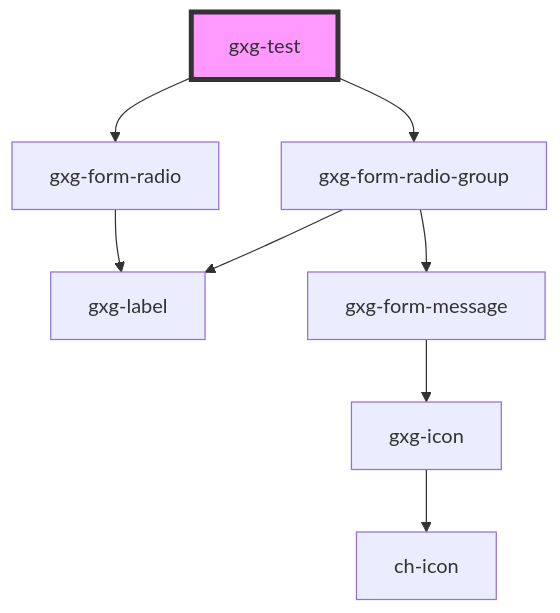
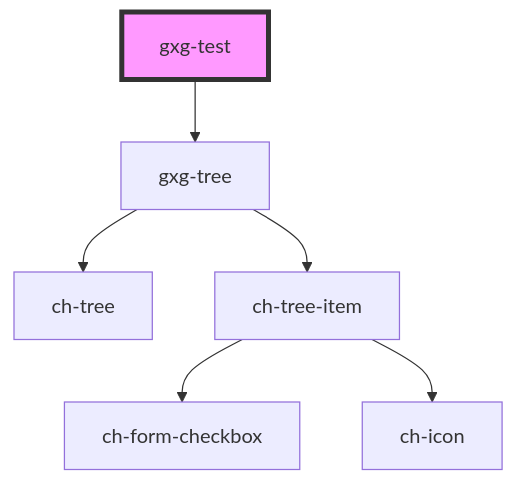
One commit to genexuslabs/gemini changed the diagram in src/components/test/readme.md. Above: the diagram before and after it, drawn with Mermaid. The commit also changed other lines of this file and 8 other files, not shown here.

````diff
--- a/src/components/test/readme.md
+++ b/src/components/test/readme.md
@@ -30,11 +19,9 @@
 ```mermaid
 graph TD;
-  gxg-test --> gxg-form-radio-group
-  gxg-test --> gxg-form-radio
-  gxg-form-radio-group --> gxg-label
-  gxg-form-radio-group --> gxg-form-message
-  gxg-form-message --> gxg-icon
-  gxg-icon --> ch-icon
-  gxg-form-radio --> gxg-label
+  gxg-test --> gxg-tree
+  gxg-tree --> ch-tree
+  gxg-tree --> ch-tree-item
+  ch-tree-item --> ch-form-checkbox
+  ch-tree-item --> ch-icon
   style gxg-test fill:#f9f,stroke:#333,stroke-width:4px
 ```
````
